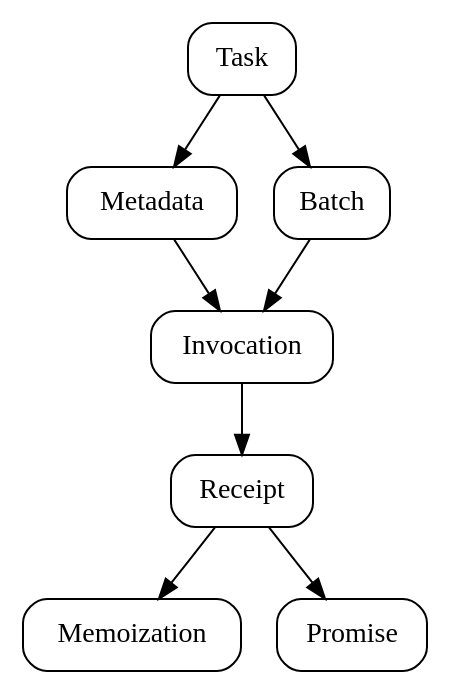
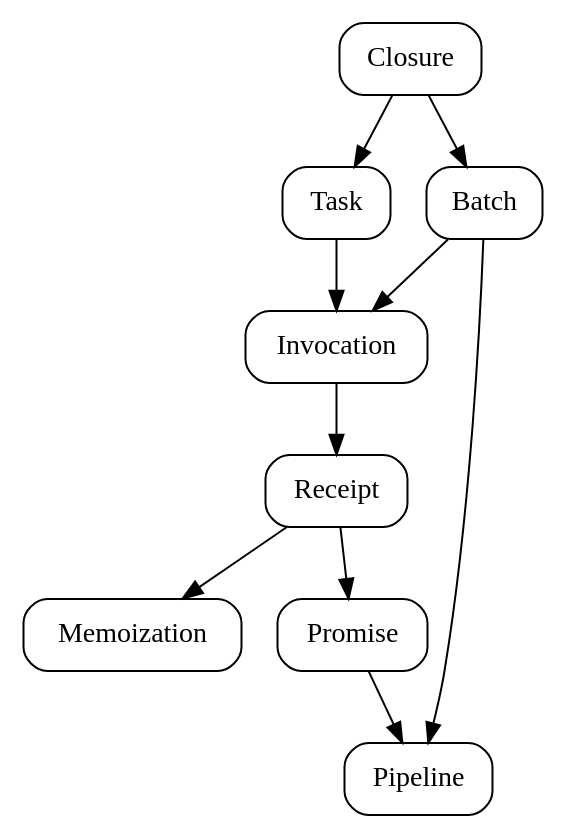
Before and after one commit to ucan-wg/invocation: the diagram in diagrams/concepts.dot, drawn with Graphviz. The commit also changed 1 other file, not shown here.

```diff
--- a/diagrams/concepts.dot
+++ b/diagrams/concepts.dot
@@ -1,10 +1,11 @@
 digraph {
     node [
       style = rounded
       shape = box
     ]
 
-    Task -> Metadata -> Invocation
-    Task -> Batch    -> Invocation -> Receipt -> Memoization
-                                      Receipt -> Promise
+    Closure -> Task  -> Invocation
+    Closure -> Batch -> Invocation -> Receipt -> Memoization
+                                      Receipt -> Promise -> Pipeline
+                                                 Batch   -> Pipeline
 }
```
